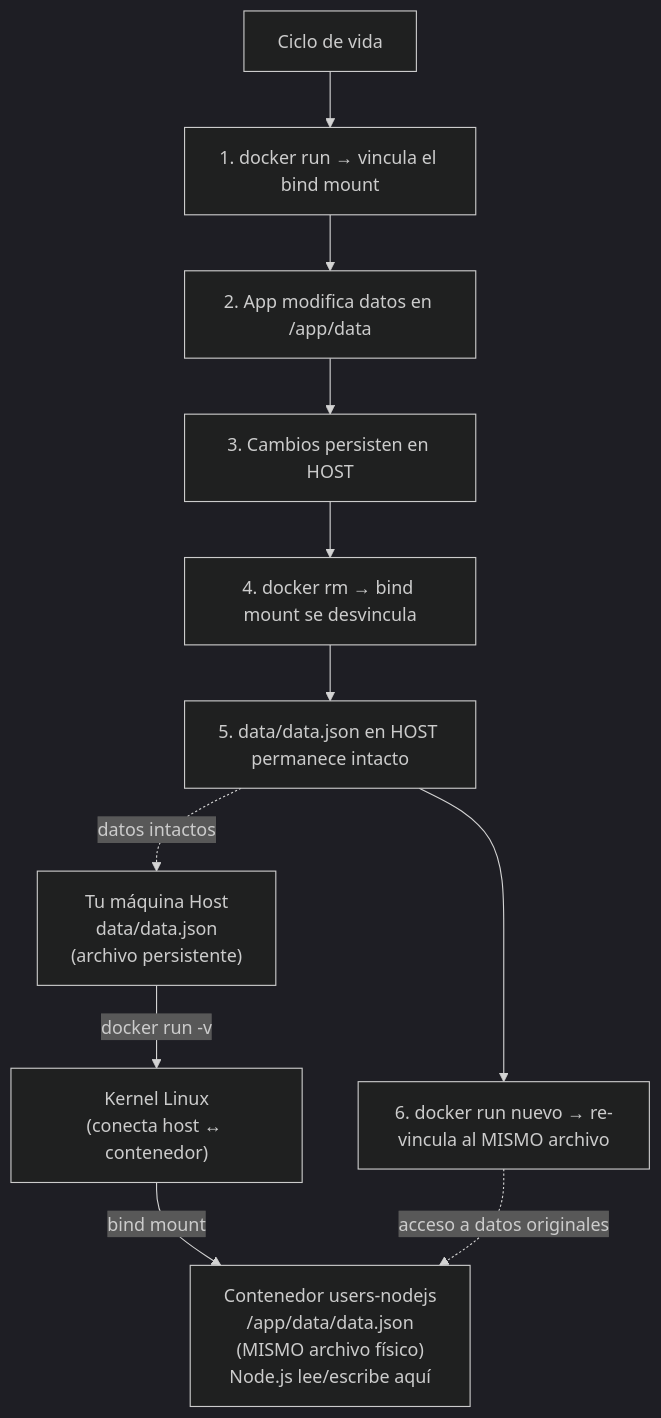
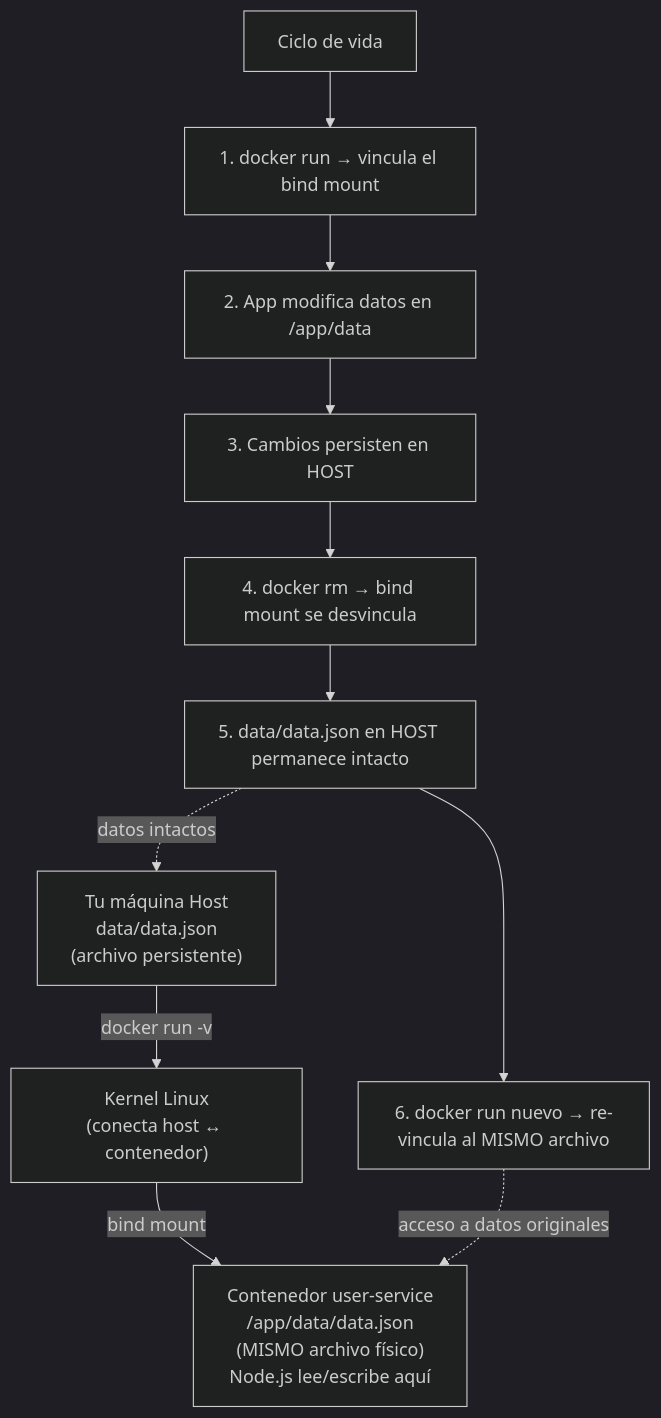
The first of 20 diagrams in README.md (docentedev/IaC-example), drawn with Mermaid (dark theme) before and after one commit. The commit also changed other lines of this file and 60 other files, not shown here.

````diff
--- a/README.md
+++ b/README.md
@@ -283,22 +286,22 @@
 ```mermaid
 flowchart TD
     A["Tu máquina Host<br/>data/data.json<br/>(archivo persistente)"] 
     K["Kernel Linux<br/>(conecta host ↔ contenedor)"]
-    B["Contenedor users-nodejs<br/>/app/data/data.json<br/>(MISMO archivo físico)<br/>Node.js lee/escribe aquí"]
+    B["Contenedor user-service<br/>/app/data/data.json<br/>(MISMO archivo físico)<br/>Node.js lee/escribe aquí"]
     
     A -->|docker run -v| K
     K -->|bind mount| B
     
     C["Ciclo de vida"]
     D["1. docker run → vincula el bind mount"]
     E["2. App modifica datos en /app/data"]
     F["3. Cambios persisten en HOST"]
     G["4. docker rm → bind mount se desvincula"]
     H["5. data/data.json en HOST permanece intacto"]
     I["6. docker run nuevo → re-vincula al MISMO archivo"]
     
     C --> D --> E --> F --> G --> H --> I
     
     H -.->|datos intactos| A
     I -.->|acceso a datos originales| B
 ```
````
